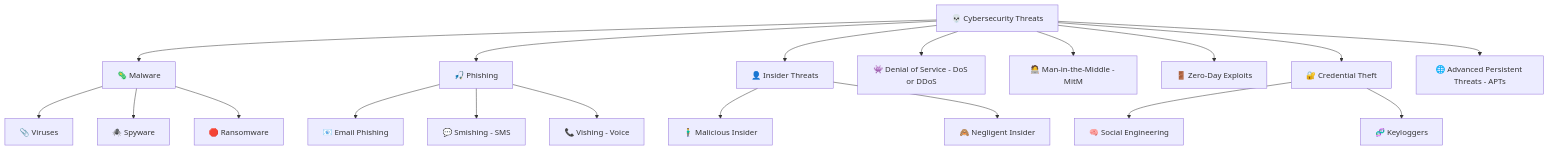
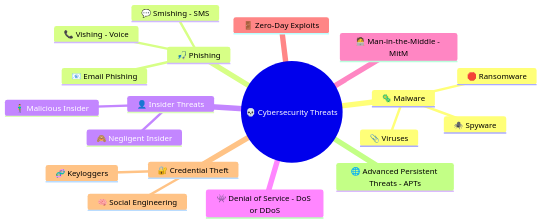
Before and after one commit to Aaronk41/Cybersecurity-EEP: the diagram in week10/cybersecurity-threats.mmd, drawn with Mermaid.

```diff
--- a/week10/cybersecurity-threats.mmd
+++ b/week10/cybersecurity-threats.mmd
@@ -1,28 +1,20 @@
-flowchart TD
-    A[💀 Cybersecurity Threats]
-
-    A --> B[🦠 Malware]
-    B --> B1[📎 Viruses]
-    B --> B2[🕷️ Spyware]
-    B --> B3[🛑 Ransomware]
-
-    A --> C[🎣 Phishing]
-    C --> C1[📧 Email Phishing]
-    C --> C2[💬 Smishing - SMS]
-    C --> C3[📞 Vishing - Voice]
-
-    A --> D[👤 Insider Threats]
-    D --> D1[🧍‍♂️ Malicious Insider]
-    D --> D2[🙈 Negligent Insider]
-
-    A --> E[👾 Denial of Service - DoS or DDoS]
-
-    A --> F[🧑‍💻 Man-in-the-Middle - MitM]
-
-    A --> G[🚪 Zero-Day Exploits]
-
-    A --> H[🔐 Credential Theft]
-    H --> H1[🧠 Social Engineering]
-    H --> H2[🧬 Keyloggers]
-
-    A --> I[🌐 Advanced Persistent Threats - APTs]
+mindmap
+  root((💀 Cybersecurity Threats))
+    🦠 Malware
+      📎 Viruses
+      🕷️ Spyware
+      🛑 Ransomware
+    🎣 Phishing
+      📧 Email Phishing
+      💬 Smishing - SMS
+      📞 Vishing - Voice
+    👤 Insider Threats
+      🧍‍♂️ Malicious Insider
+      🙈 Negligent Insider
+    👾 Denial of Service - DoS or DDoS
+    🧑‍💻 Man-in-the-Middle - MitM
+    🚪 Zero-Day Exploits
+    🔐 Credential Theft
+      🧠 Social Engineering
+      🧬 Keyloggers
+    🌐 Advanced Persistent Threats - APTs
```
